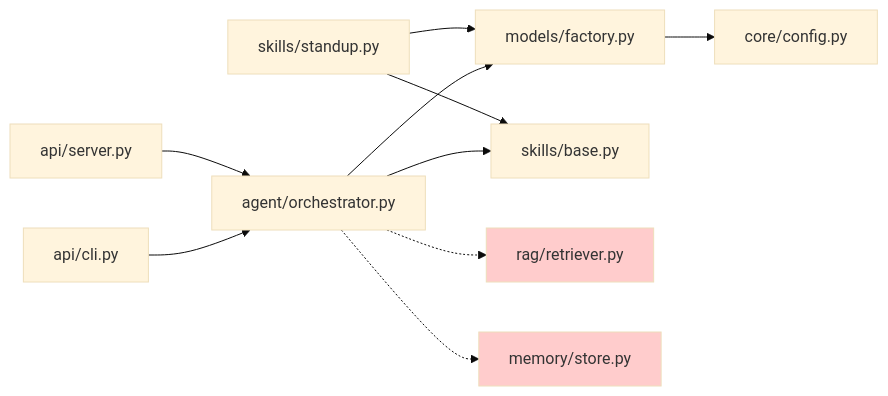
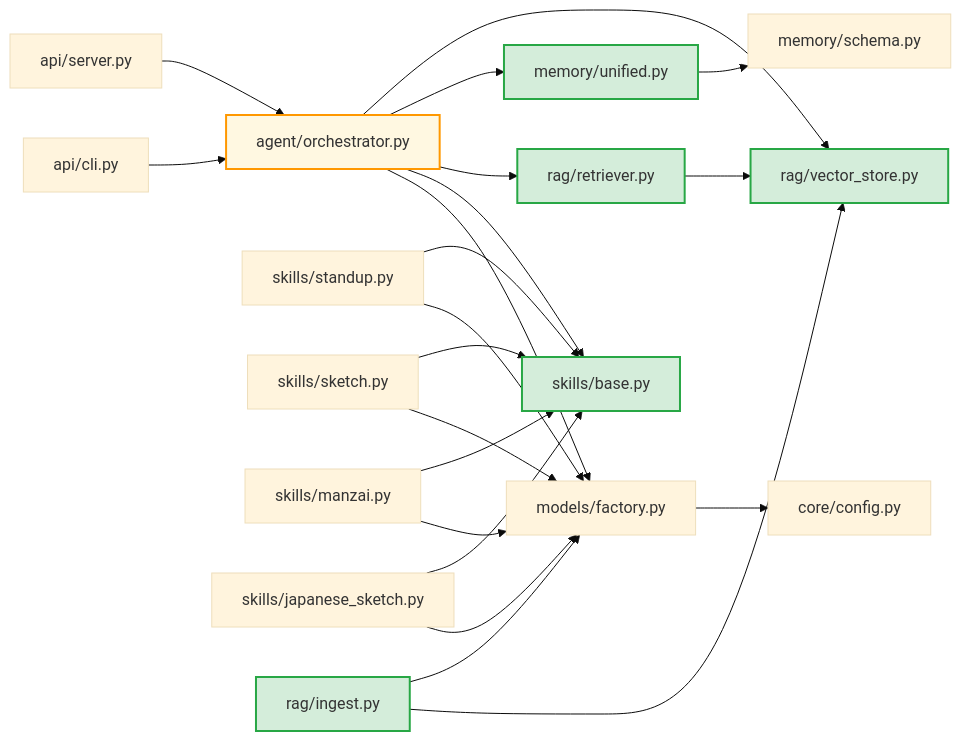
One commit to kreator666/cd-agent changed the fourth of 4 diagrams in docs/architecture.md. Above: the diagram before and after it, drawn with Mermaid (base theme). The commit also changed other lines of this file and 3 other files, not shown here.

First line of the commit message:
docs: 更新系统架构图反映当前完整架构

````diff
--- a/docs/architecture.md
+++ b/docs/architecture.md
@@ -106,15 +201,30 @@
 ```mermaid
 flowchart LR
     cli["api/cli.py"] --> orch["agent/orchestrator.py"]
     srv["api/server.py"] --> orch
     orch --> factory["models/factory.py"]
     orch --> base["skills/base.py"]
+    orch --> retriever["rag/retriever.py"]
+    orch --> memory["memory/unified.py"]
+    orch --> vstore["rag/vector_store.py"]
     standup["skills/standup.py"] --> factory
     standup --> base
+    sketch["skills/sketch.py"] --> factory
+    sketch --> base
+    manzai["skills/manzai.py"] --> factory
+    manzai --> base
+    js["skills/japanese_sketch.py"] --> factory
+    js --> base
     factory --> cfg["core/config.py"]
-    orch -.-> rag["rag/retriever.py"]
-    orch -.-> mem["memory/store.py"]
+    memory --> schema["memory/schema.py"]
+    retriever --> vstore
+    ingest["rag/ingest.py"] --> vstore
+    ingest --> factory
 
-    style rag fill:#ffcccc
-    style mem fill:#ffcccc
+    style orch fill:#FFF8E1,stroke:#FF9800,stroke-width:2px
+    style base fill:#D4EDDA,stroke:#28A745,stroke-width:2px
+    style retriever fill:#D4EDDA,stroke:#28A745,stroke-width:2px
+    style memory fill:#D4EDDA,stroke:#28A745,stroke-width:2px
+    style vstore fill:#D4EDDA,stroke:#28A745,stroke-width:2px
+    style ingest fill:#D4EDDA,stroke:#28A745,stroke-width:2px
 ```
````
